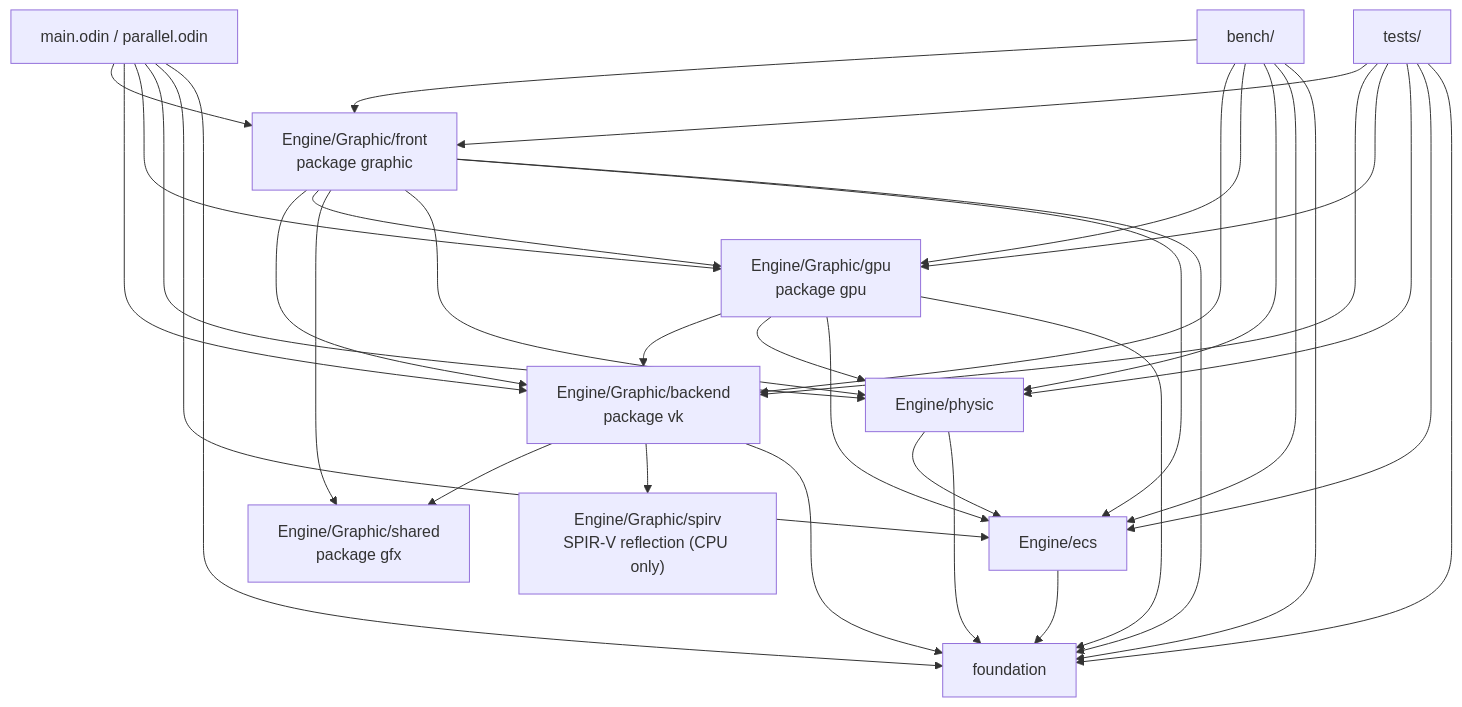
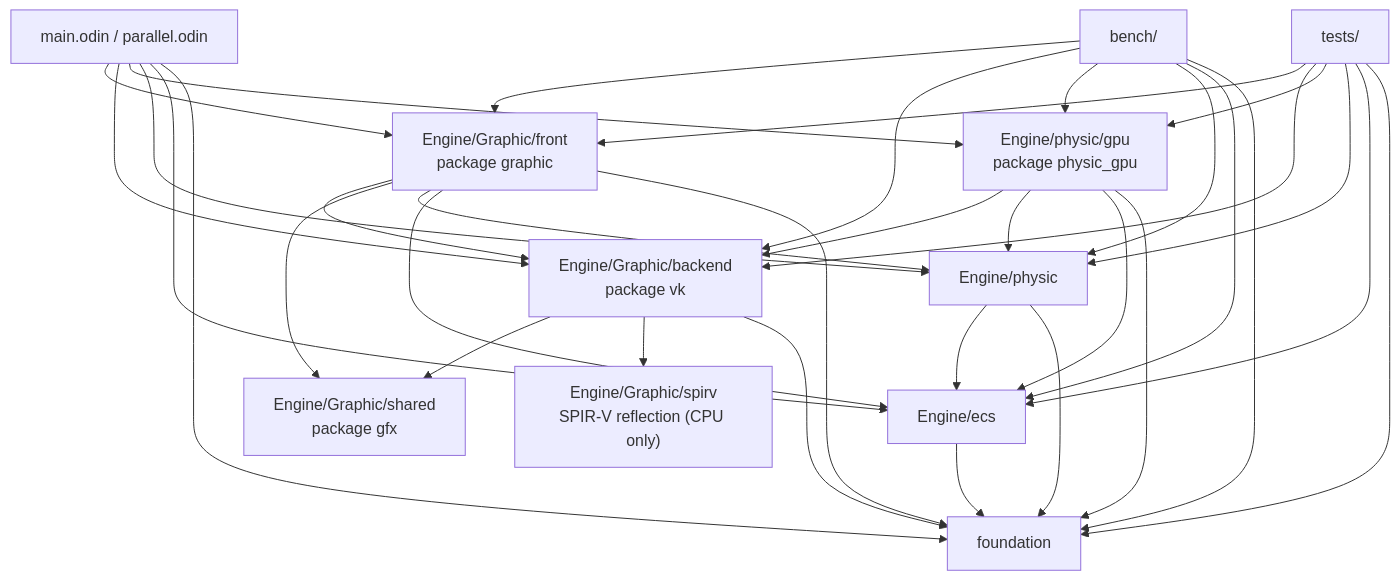
The second of 7 diagrams in docs/architecture.md (TanukiConDos/Gravity-Simulator), drawn with Mermaid before and after one commit. The commit also changed other lines of this file and 5 other files, not shown here.

First line of the commit message:
docs: physics owns the GPU solver; the front holds an opaque stream handle

````diff
--- a/docs/architecture.md
+++ b/docs/architecture.md
@@ -38,50 +38,49 @@
 ```mermaid
 flowchart TD
     main["main.odin / parallel.odin"]
     bench["bench/"]
     tests["tests/"]
     front["Engine/Graphic/front<br/>package graphic"]
     backend["Engine/Graphic/backend<br/>package vk"]
-    gpu["Engine/Graphic/gpu<br/>package gpu"]
     shared["Engine/Graphic/shared<br/>package gfx"]
+    pgpu["Engine/physic/gpu<br/>package physic_gpu"]
     spirv["Engine/Graphic/spirv<br/>SPIR-V reflection (CPU only)"]
     physic["Engine/physic"]
     ecs["Engine/ecs"]
     foundation["foundation"]
 
     main --> front
     main --> backend
-    main --> gpu
+    main --> pgpu
     main --> physic
     main --> ecs
     main --> foundation
     bench --> front
     bench --> backend
-    bench --> gpu
+    bench --> pgpu
     bench --> physic
     bench --> ecs
     bench --> foundation
     tests --> front
     tests --> backend
-    tests --> gpu
+    tests --> pgpu
     tests --> physic
     tests --> ecs
     tests --> foundation
 
     front --> backend
-    front --> gpu
     front --> shared
-    gpu --> backend
+    pgpu --> backend
     backend --> shared
     backend --> spirv
     backend --> foundation
     front --> physic
     front --> ecs
     front --> foundation
-    gpu --> physic
-    gpu --> ecs
-    gpu --> foundation
+    pgpu --> physic
+    pgpu --> ecs
+    pgpu --> foundation
     physic --> ecs
     physic --> foundation
     ecs --> foundation
 ```
````
